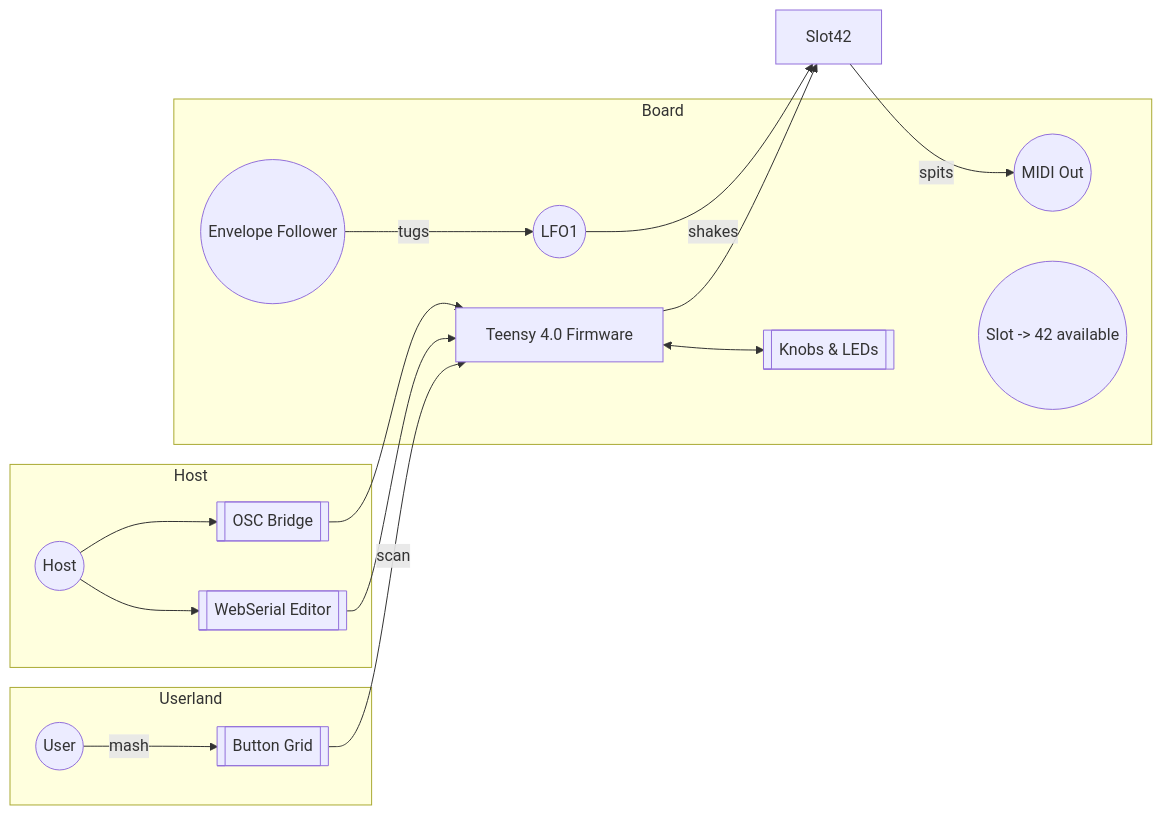
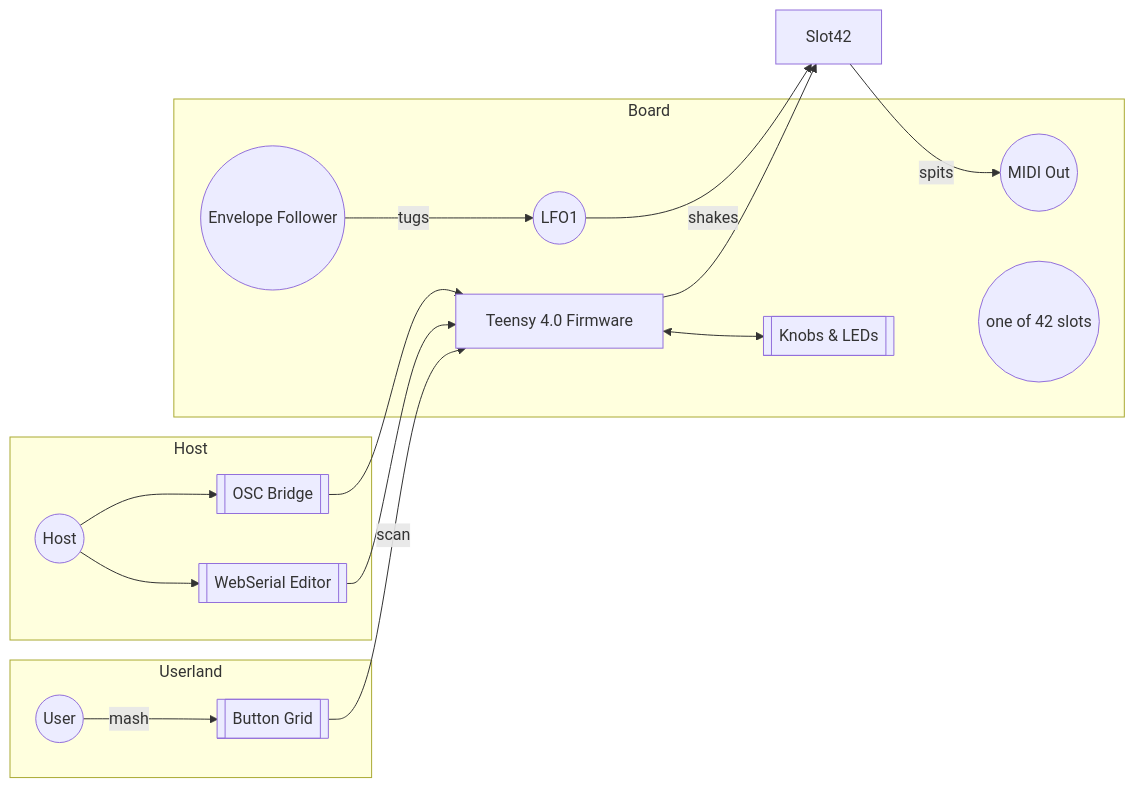
The diagram in README.md (bseverns/MOARkNOBS-42), drawn with Mermaid before and after one commit.

````diff
--- a/README.md
+++ b/README.md
@@ -45,26 +45,26 @@
 ```mermaid
 flowchart LR
   subgraph Userland
     User((User))
     Grid[[Button Grid]]
   end
   subgraph Host
     HostPC((Host))
     WebSerial[[WebSerial Editor]]
     Bridge[[OSC Bridge]]
   end
   subgraph Board
     Firmware[Teensy 4.0 Firmware]
     Hardware[[Knobs & LEDs]]
     MIDIOut((MIDI Out))
     LFO1((LFO1))
     Env((Envelope Follower))
-    Slot((Slot -> 42 available))
+    Slot((one of 42 slots))
   end
   User -->|mash| Grid -->|scan| Firmware
   HostPC --> WebSerial --> Firmware
   HostPC --> Bridge --> Firmware
   Firmware <--> Hardware
   Env -->|tugs| LFO1 -->|shakes| Slot42 -->|spits| MIDIOut
   Firmware --> Slot42
 ```
````
